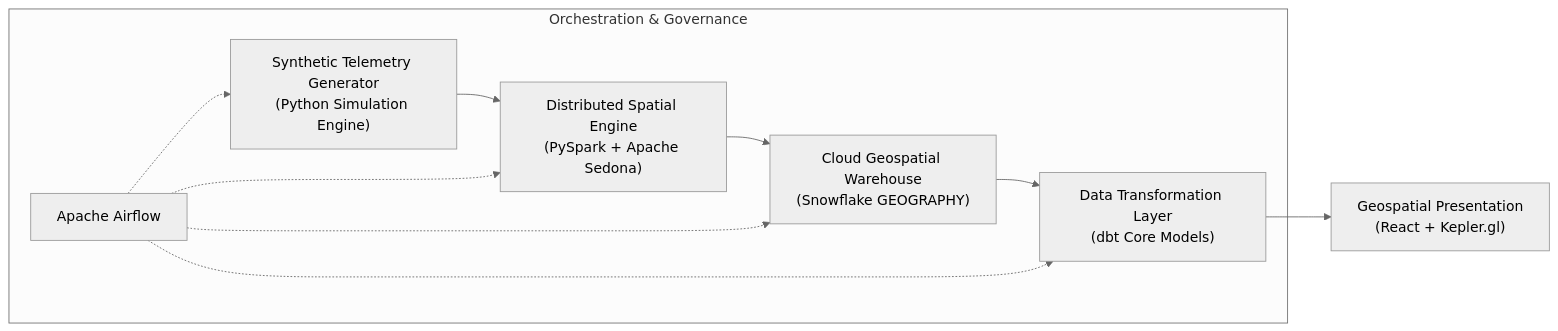
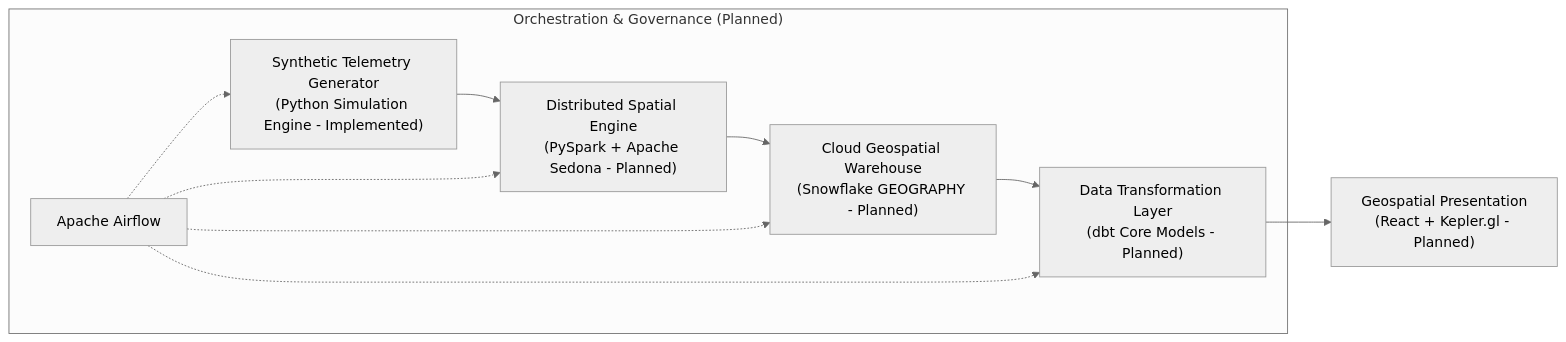
The diagram in README.md (dileep-songa/geopulse-hyperlocal-retail-mobility-analytics), drawn with Mermaid (neutral theme) before and after one commit. The commit also changed other lines of this file and 4 other files, not shown here.

````diff
--- a/README.md
+++ b/README.md
@@ -57,13 +58,13 @@
 ```mermaid
 flowchart LR
-    A["Synthetic Telemetry Generator<br/>(Python Simulation Engine)"] --> B["Distributed Spatial Engine<br/>(PySpark + Apache Sedona)"]
-    B --> C["Cloud Geospatial Warehouse<br/>(Snowflake GEOGRAPHY)"]
-    C --> D["Data Transformation Layer<br/>(dbt Core Models)"]
-    D --> E["Geospatial Presentation<br/>(React + Kepler.gl)"]
-    subgraph Orchestration ["Orchestration & Governance"]
+    A["Synthetic Telemetry Generator<br/>(Python Simulation Engine - Implemented)"] --> B["Distributed Spatial Engine<br/>(PySpark + Apache Sedona - Planned)"]
+    B --> C["Cloud Geospatial Warehouse<br/>(Snowflake GEOGRAPHY - Planned)"]
+    C --> D["Data Transformation Layer<br/>(dbt Core Models - Planned)"]
+    D --> E["Geospatial Presentation<br/>(React + Kepler.gl - Planned)"]
+    subgraph Orchestration ["Orchestration & Governance (Planned)"]
         F["Apache Airflow"] -.-> A
         F -.-> B
         F -.-> C
         F -.-> D
     end
 ```
````
